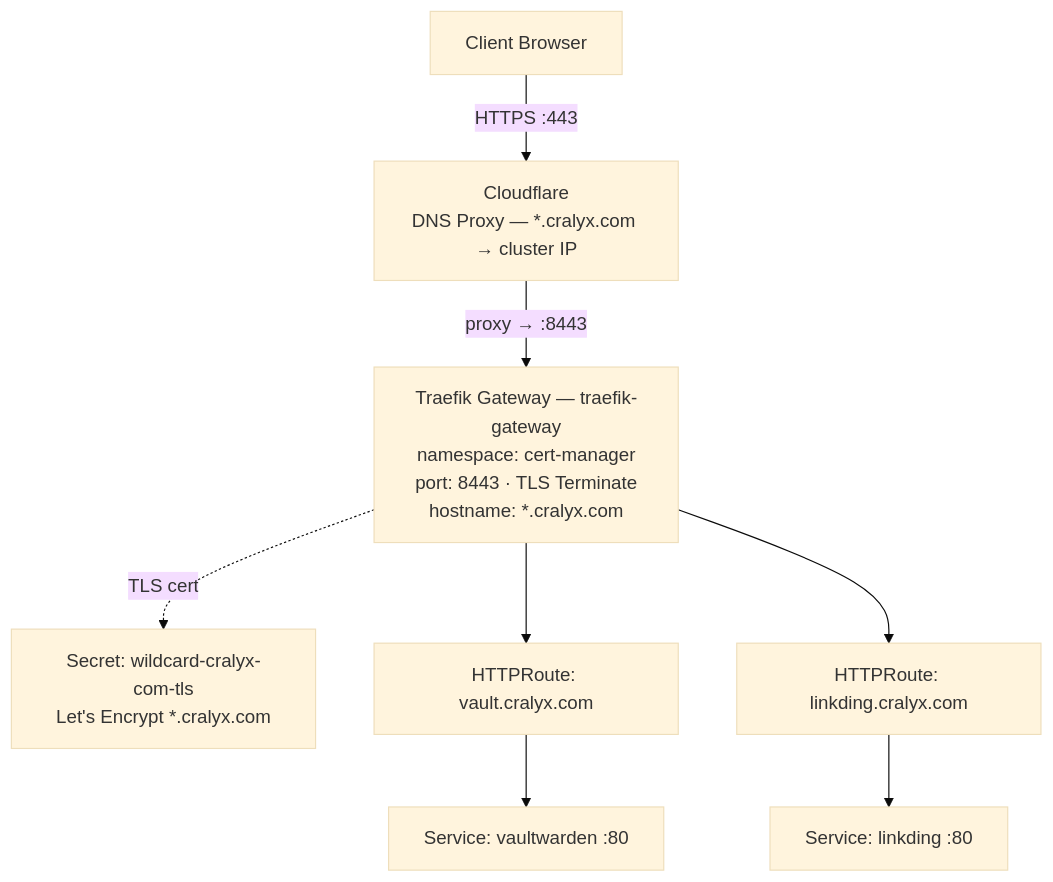
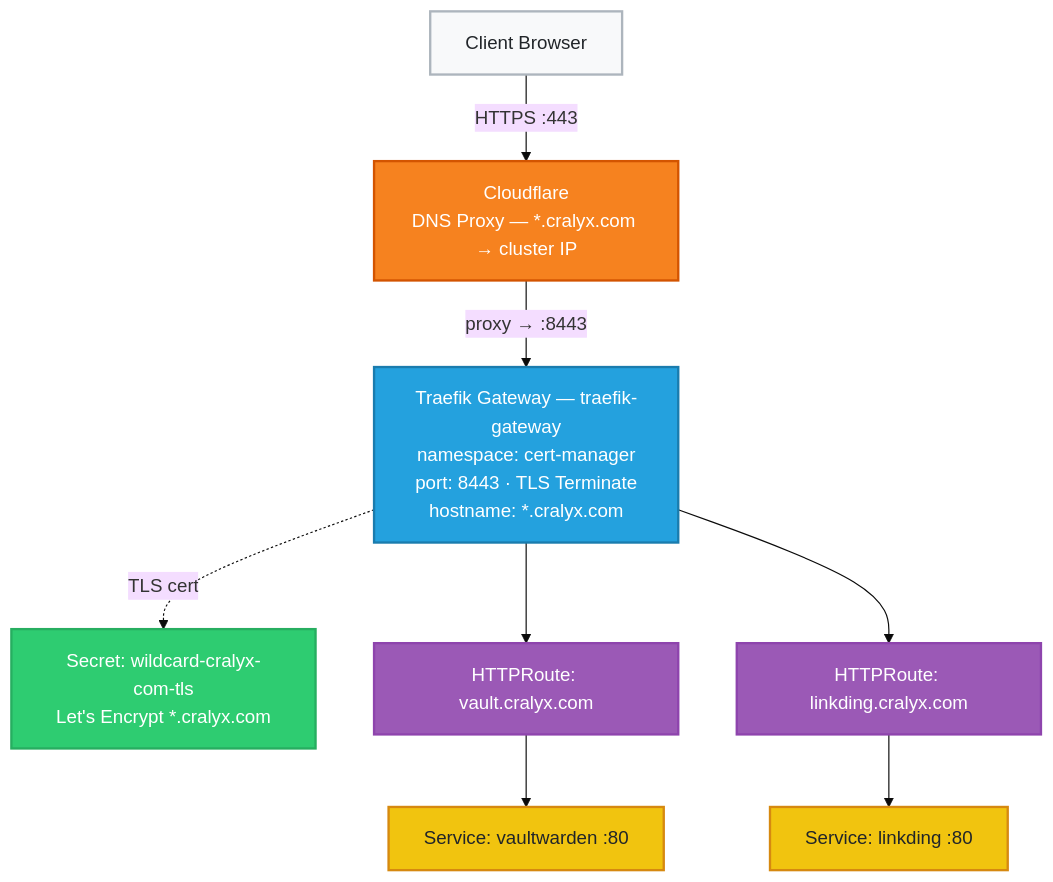
Before and after one commit to Aishwaryaa12/flux-gitops: the fifth of 7 diagrams in README.md, drawn with Mermaid (base theme). The commit also changed other lines of this file, not shown here.

````diff
--- a/README.md
+++ b/README.md
@@ -317,17 +393,27 @@
 ```mermaid
 graph TB
-    Browser["Client Browser"]
-    CF["Cloudflare\nDNS Proxy — *.cralyx.com → cluster IP"]
-    GW["Traefik Gateway — traefik-gateway\nnamespace: cert-manager\nport: 8443 · TLS Terminate\nhostname: *.cralyx.com"]
-    CERT["Secret: wildcard-cralyx-com-tls\nLet's Encrypt *.cralyx.com"]
-    VW_ROUTE["HTTPRoute: vault.cralyx.com"]
-    LD_ROUTE["HTTPRoute: linkding.cralyx.com"]
-    VW_SVC["Service: vaultwarden :80"]
-    LD_SVC["Service: linkding :80"]
+    %% --- Style Definitions ---
+    classDef client fill:#f8f9fa,stroke:#adb5bd,stroke-width:2px,color:#212529
+    classDef cloudflare fill:#f6821f,stroke:#d35400,stroke-width:2px,color:#ffffff
+    classDef gateway fill:#24a1de,stroke:#1a7cae,stroke-width:2px,color:#ffffff
+    classDef cert fill:#2ecc71,stroke:#27ae60,stroke-width:2px,color:#ffffff
+    classDef route fill:#9b59b6,stroke:#8e44ad,stroke-width:2px,color:#ffffff
+    classDef service fill:#f1c40f,stroke:#d68910,stroke-width:2px,color:#212529
 
+    %% --- Nodes ---
+    Browser["Client Browser"]:::client
+    CF["Cloudflare\nDNS Proxy — *.cralyx.com → cluster IP"]:::cloudflare
+    GW["Traefik Gateway — traefik-gateway\nnamespace: cert-manager\nport: 8443 · TLS Terminate\nhostname: *.cralyx.com"]:::gateway
+    CERT["Secret: wildcard-cralyx-com-tls\nLet's Encrypt *.cralyx.com"]:::cert
+    VW_ROUTE["HTTPRoute: vault.cralyx.com"]:::route
+    LD_ROUTE["HTTPRoute: linkding.cralyx.com"]:::route
+    VW_SVC["Service: vaultwarden :80"]:::service
+    LD_SVC["Service: linkding :80"]:::service
+
+    %% --- Connections ---
     Browser -->|"HTTPS :443"| CF
     CF -->|"proxy → :8443"| GW
     GW -.->|"TLS cert"| CERT
     GW --> VW_ROUTE --> VW_SVC
     GW --> LD_ROUTE --> LD_SVC
 ```
````
